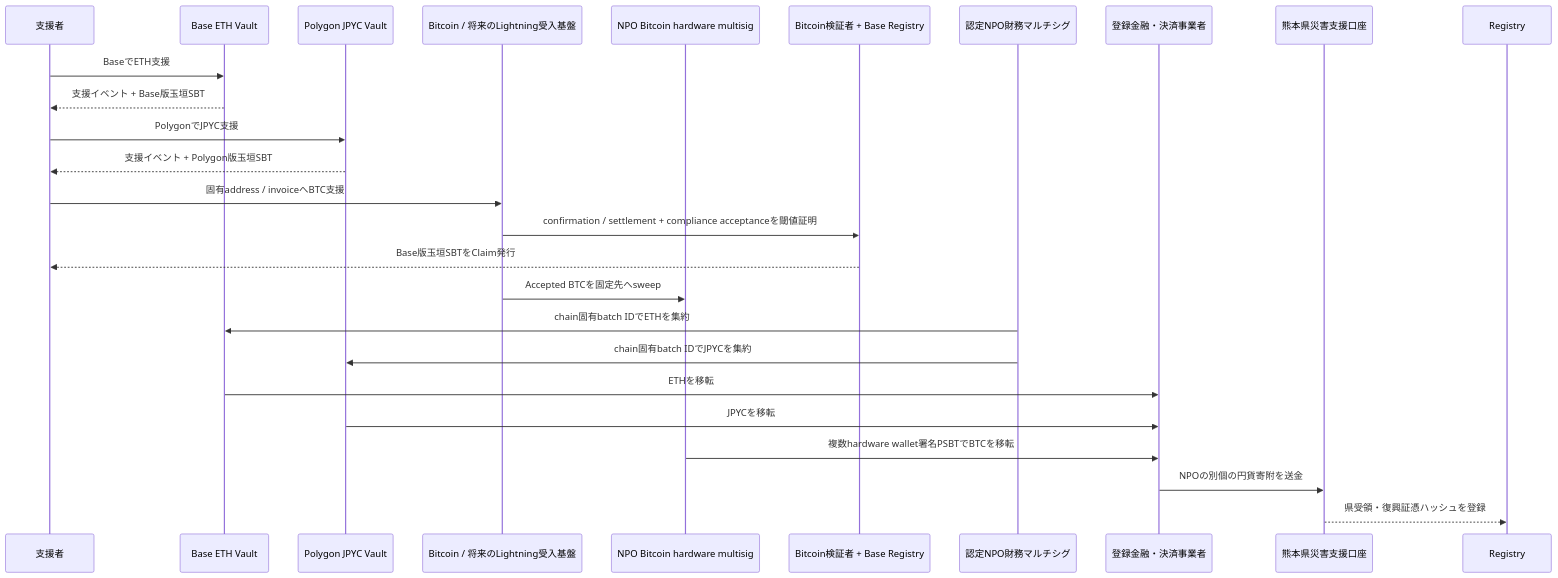
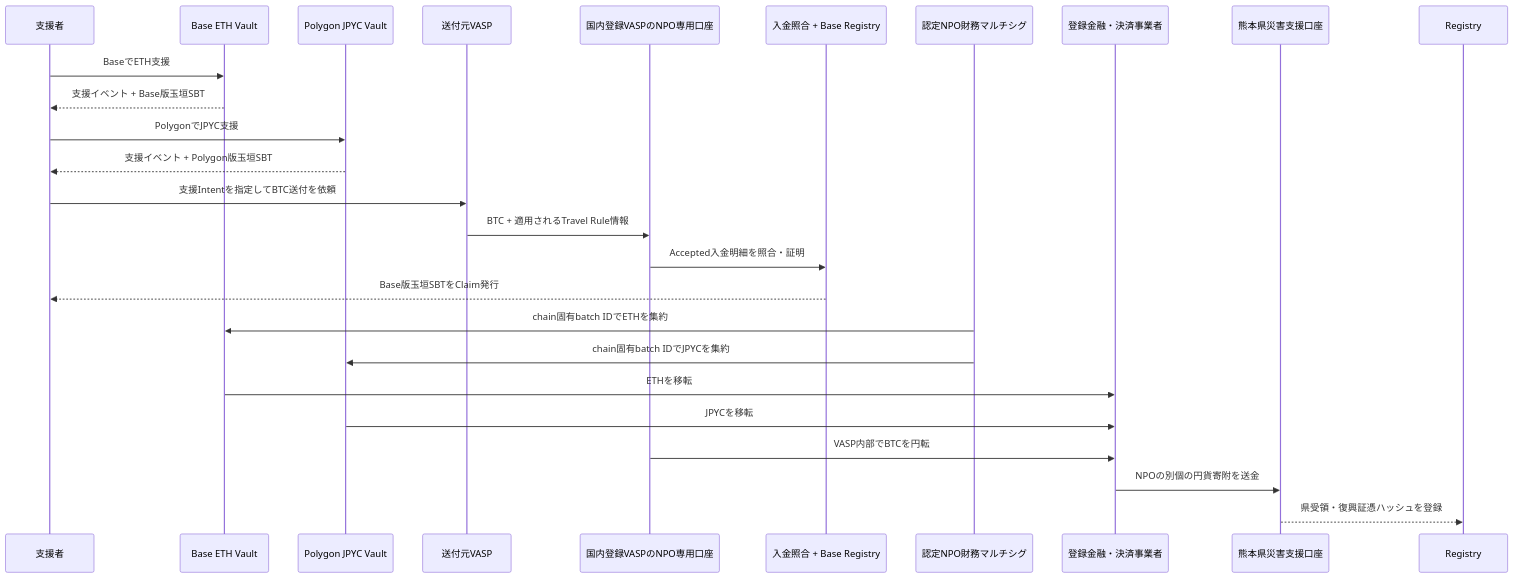
The diagram in docs/fund-flow.md (ShigeichiroYamasaki/yui-no-kaki-kumamoto), drawn with Mermaid before and after one commit. The commit also changed other lines of this file and 17 other files, not shown here.

````diff
--- a/docs/fund-flow.md
+++ b/docs/fund-flow.md
@@ -11,28 +11,28 @@
 ```mermaid
 sequenceDiagram
   participant S as 支援者
   participant BV as Base ETH Vault
   participant PV as Polygon JPYC Vault
-  participant BTC as Bitcoin / 将来のLightning受入基盤
-  participant BM as NPO Bitcoin hardware multisig
-  participant BR as Bitcoin検証者 + Base Registry
+  participant OV as 送付元VASP
+  participant BTC as 国内登録VASPのNPO専用口座
+  participant BR as 入金照合 + Base Registry
   participant O as 認定NPO財務マルチシグ
   participant E as 登録金融・決済事業者
   participant K as 熊本県災害支援口座
   participant R as Registry
   S->>BV: BaseでETH支援
   BV-->>S: 支援イベント + Base版玉垣SBT
   S->>PV: PolygonでJPYC支援
   PV-->>S: 支援イベント + Polygon版玉垣SBT
-  S->>BTC: 固有address / invoiceへBTC支援
-  BTC->>BR: confirmation / settlement + compliance acceptanceを閾値証明
+  S->>OV: 支援Intentを指定してBTC送付を依頼
+  OV->>BTC: BTC + 適用されるTravel Rule情報
+  BTC->>BR: Accepted入金明細を照合・証明
   BR-->>S: Base版玉垣SBTをClaim発行
-  BTC->>BM: Accepted BTCを固定先へsweep
   O->>BV: chain固有batch IDでETHを集約
   O->>PV: chain固有batch IDでJPYCを集約
   BV->>E: ETHを移転
   PV->>E: JPYCを移転
-  BM->>E: 複数hardware wallet署名PSBTでBTCを移転
+  BTC->>E: VASP内部でBTCを円転
   E->>K: NPOの別個の円貨寄附を送金
   K-->>R: 県受領・復興証憑ハッシュを登録
 ```
````
